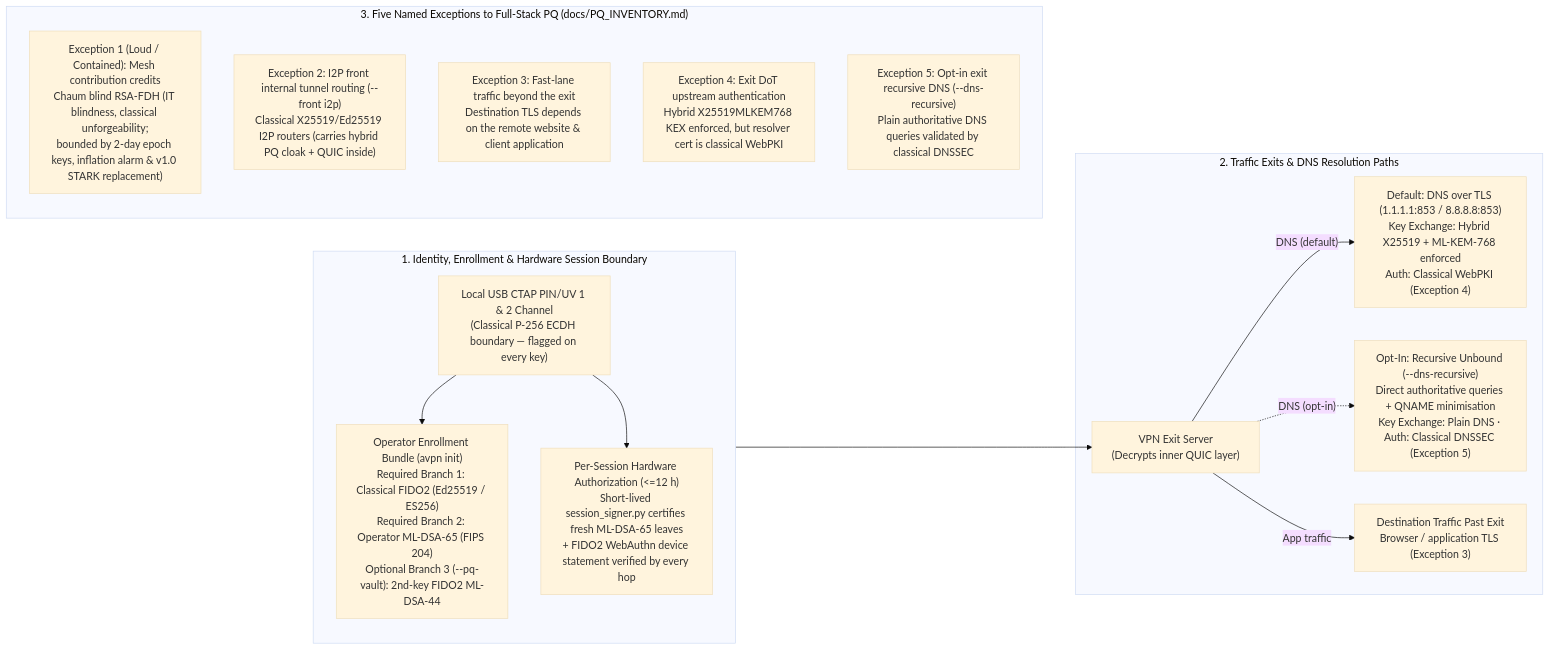
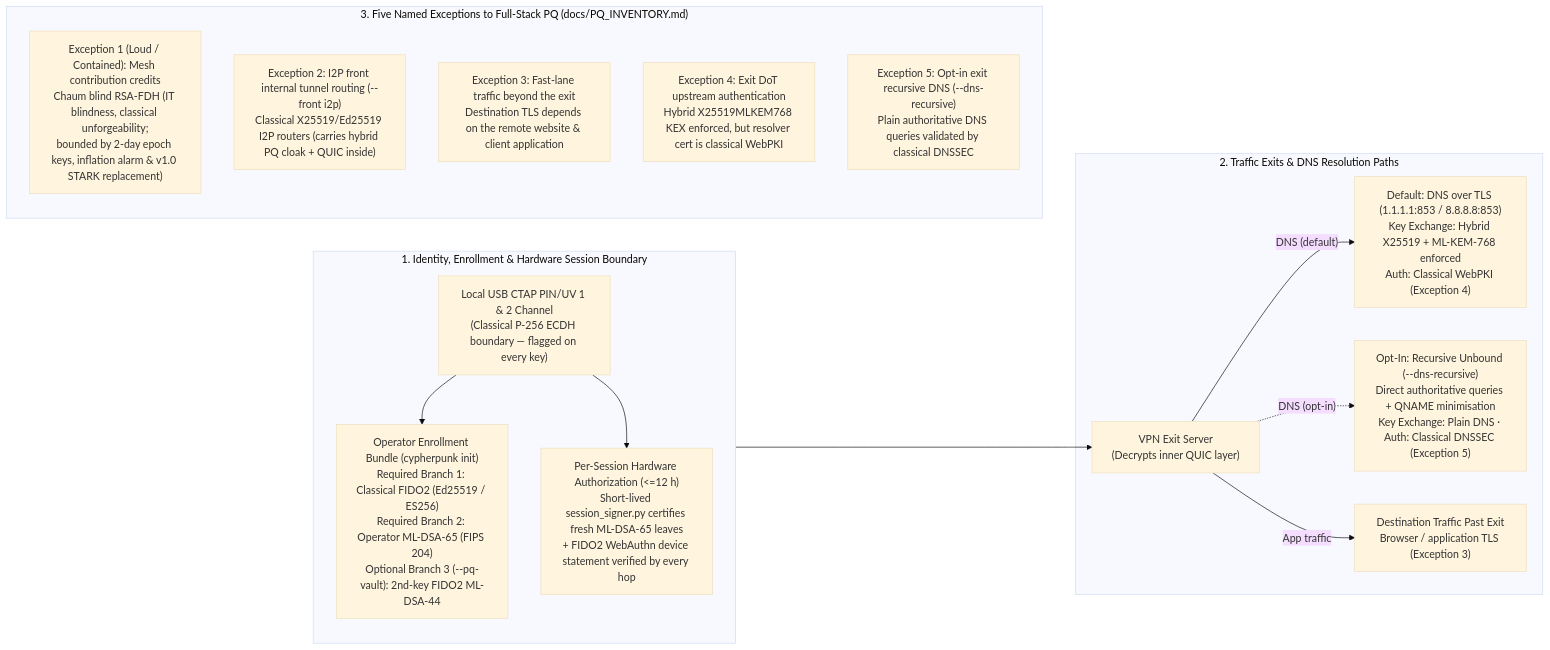
One commit to R1VER77/ADVANCED_VPN changed the third of 10 diagrams in README.md. Above: the diagram before and after it, drawn with Mermaid (base theme). The commit also changed other lines of this file and 431 other files, not shown here.

````diff
--- a/README.md
+++ b/README.md
@@ -82,30 +82,30 @@
 ```mermaid
 flowchart LR
     subgraph IdentityAuth["1. Identity, Enrollment & Hardware Session Boundary"]
         USB["Local USB CTAP PIN/UV 1 & 2 Channel<br/>(Classical P-256 ECDH boundary — flagged on every key)"]
-        OpSig["Operator Enrollment Bundle (avpn init)<br/>Required Branch 1: Classical FIDO2 (Ed25519 / ES256)<br/>Required Branch 2: Operator ML-DSA-65 (FIPS 204)<br/>Optional Branch 3 (--pq-vault): 2nd-key FIDO2 ML-DSA-44"]
+        OpSig["Operator Enrollment Bundle (cypherpunk init)<br/>Required Branch 1: Classical FIDO2 (Ed25519 / ES256)<br/>Required Branch 2: Operator ML-DSA-65 (FIPS 204)<br/>Optional Branch 3 (--pq-vault): 2nd-key FIDO2 ML-DSA-44"]
         SessAuth["Per-Session Hardware Authorization (<=12 h)<br/>Short-lived session_signer.py certifies fresh ML-DSA-65 leaves<br/>+ FIDO2 WebAuthn device statement verified by every hop"]
         USB --> OpSig
         USB --> SessAuth
     end
 
     subgraph ExitPaths["2. Traffic Exits & DNS Resolution Paths"]
         ExitSrv["VPN Exit Server<br/>(Decrypts inner QUIC layer)"]
         DoT["Default: DNS over TLS (1.1.1.1:853 / 8.8.8.8:853)<br/>Key Exchange: Hybrid X25519 + ML-KEM-768 enforced<br/>Auth: Classical WebPKI (Exception 4)"]
         Unbound["Opt-In: Recursive Unbound (--dns-recursive)<br/>Direct authoritative queries + QNAME minimisation<br/>Key Exchange: Plain DNS · Auth: Classical DNSSEC (Exception 5)"]
         WebEgress["Destination Traffic Past Exit<br/>Browser / application TLS (Exception 3)"]
         ExitSrv -->|"DNS (default)"| DoT
         ExitSrv -.->|"DNS (opt-in)"| Unbound
         ExitSrv -->|"App traffic"| WebEgress
     end
 
     subgraph ExceptionsBox["3. Five Named Exceptions to Full-Stack PQ (docs/PQ_INVENTORY.md)"]
         Ex1["Exception 1 (Loud / Contained): Mesh contribution credits<br/>Chaum blind RSA-FDH (IT blindness, classical unforgeability;<br/>bounded by 2-day epoch keys, inflation alarm & v1.0 STARK replacement)"]
         Ex2["Exception 2: I2P front internal tunnel routing (--front i2p)<br/>Classical X25519/Ed25519 I2P routers (carries hybrid PQ cloak + QUIC inside)"]
         Ex3["Exception 3: Fast-lane traffic beyond the exit<br/>Destination TLS depends on the remote website & client application"]
         Ex4["Exception 4: Exit DoT upstream authentication<br/>Hybrid X25519MLKEM768 KEX enforced, but resolver cert is classical WebPKI"]
         Ex5["Exception 5: Opt-in exit recursive DNS (--dns-recursive)<br/>Plain authoritative DNS queries validated by classical DNSSEC"]
     end
 
     IdentityAuth --> ExitSrv
 ```
````
